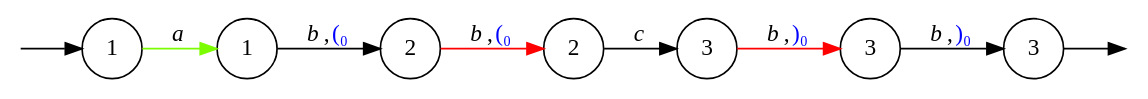
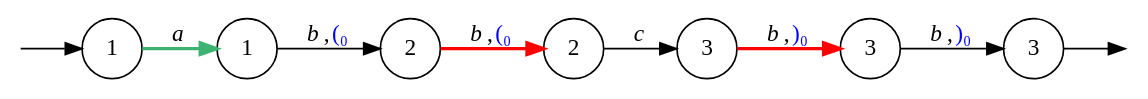
Before and after one commit to 0Marble/lgraphs: the diagram in presentation/graphs/graph1_path4.dot, drawn with Graphviz. The commit also changed 18 other files, not shown here.

```diff
--- a/presentation/graphs/graph1_path4.dot
+++ b/presentation/graphs/graph1_path4.dot
@@ -1,22 +1,22 @@
 digraph {
 	node [shape=circle];
 	Q0 [style=invisible, height=0, width=0, fixedsize=true];
 	Q1 [style=invisible, height=0, width=0, fixedsize=true];
 	graph [rankdir="LR"];
 	2 [label=2];
 	5 [label=3];
 	0 [label=1];
 	1 [label=1];
 	3 [label=2];
 	4 [label=3];
 	6 [label=3];
 
 	Q0 -> 0;
 	6 -> Q1;
-	0 -> 1  [label=<<i>a</i>>, color=lawngreen ];
+	0 -> 1  [label=<<i>a</i>>, color=mediumseagreen, style=bold ];
 	3 -> 4  [label=<<i>c</i>> ];
 	1 -> 2  [label=<<i>b</i>,<FONT COLOR="blue">(₀</FONT>> ];
-	2 -> 3  [label=<<i>b</i>,<FONT COLOR="blue">(₀</FONT>>, color=red ];
-	4 -> 5  [label=<<i>b</i>,<FONT COLOR="blue">)₀</FONT>>, color=red ];
+	2 -> 3  [label=<<i>b</i>,<FONT COLOR="blue">(₀</FONT>>, color=red, style=bold ];
+	4 -> 5  [label=<<i>b</i>,<FONT COLOR="blue">)₀</FONT>>, color=red, style=bold ];
 	5 -> 6  [label=<<i>b</i>,<FONT COLOR="blue">)₀</FONT>> ];
 }
```
